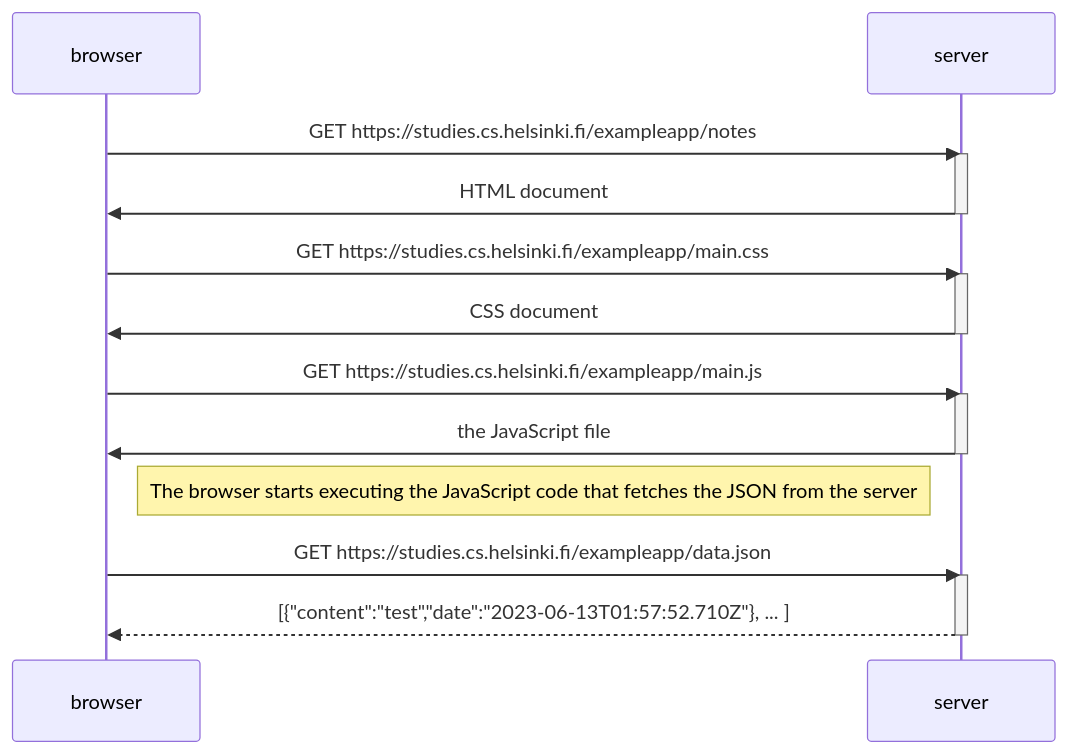
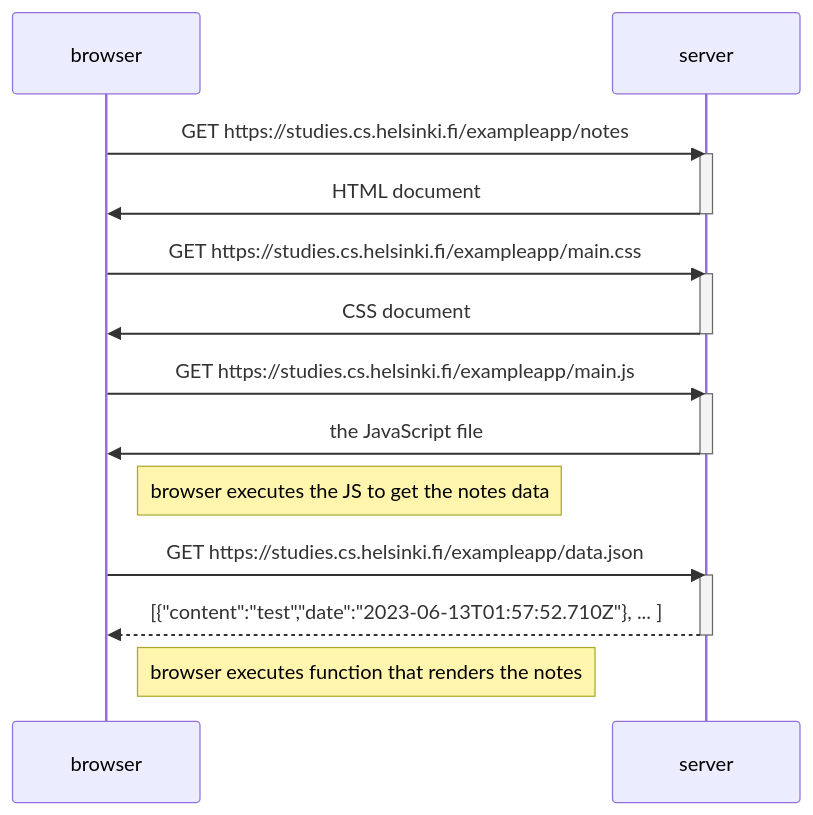
One commit to z1mmz/full-stack-open changed the diagram in Part0/0.4- New note diagram.md. Above: the diagram before and after it, drawn with Mermaid.

Commit message:
finished 0.4

````diff
--- a/Part0/0.4- New note diagram.md
+++ b/Part0/0.4- New note diagram.md
@@ -1,29 +1,30 @@
 ```mermaid
 sequenceDiagram
     participant browser
     participant server
 
     browser->>server: GET https://studies.cs.helsinki.fi/exampleapp/notes
     activate server
     server->>browser: HTML document
     deactivate server
 
     browser->>server: GET https://studies.cs.helsinki.fi/exampleapp/main.css
     activate server
     server->>browser: CSS document
     deactivate server
 
     browser->>server: GET https://studies.cs.helsinki.fi/exampleapp/main.js
     activate server
     server->>browser: the JavaScript file
     deactivate server
 
-    Note right of browser: The browser starts executing the JavaScript code that fetches the JSON from the server
+    Note right of browser: browser executes the JS to get the notes data
 
     browser->>server: GET https://studies.cs.helsinki.fi/exampleapp/data.json
     activate server
     server-->>browser: [{"content":"test","date":"2023-06-13T01:57:52.710Z"}, ... ]
     deactivate server
+    Note right of browser:  browser executes function that renders the notes
 
 
 ```
````
